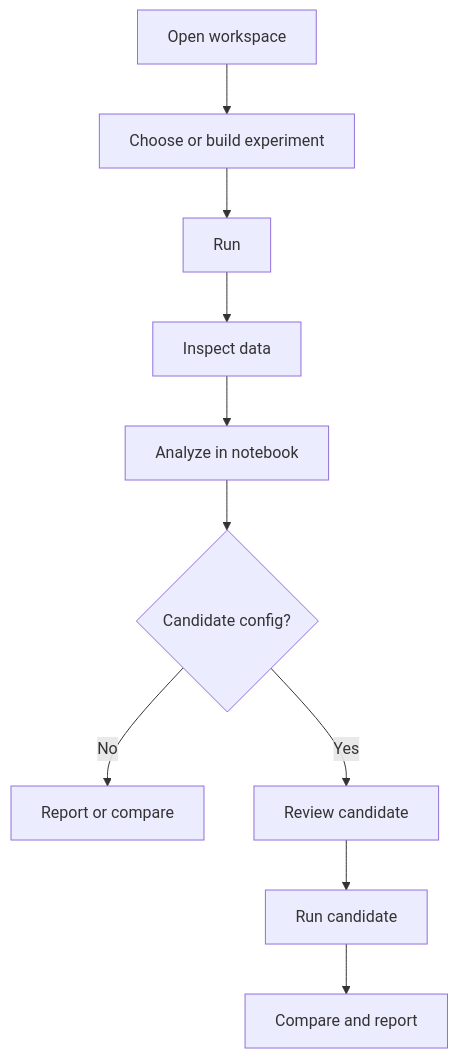
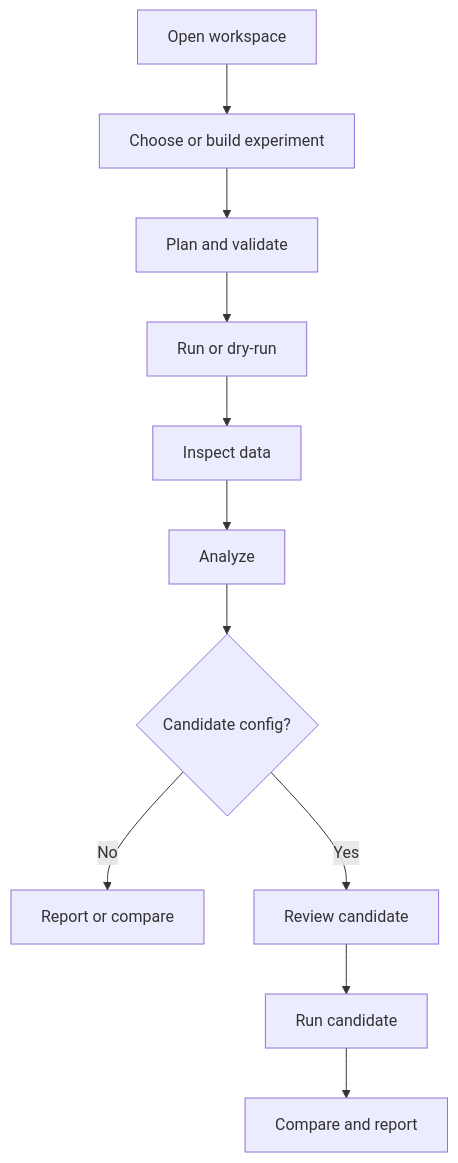
The diagram in docs/experiment-workflow.md (kahojyun/scopecat), drawn with Mermaid before and after one commit. The commit also changed other lines of this file and 27 other files, not shown here.

````diff
--- a/docs/experiment-workflow.md
+++ b/docs/experiment-workflow.md
@@ -24,12 +26,13 @@
 ```mermaid
 flowchart TD
     A["Open workspace"] --> B["Choose or build experiment"]
-    B --> C["Run"]
-    C --> D["Inspect data"]
-    D --> E["Analyze in notebook"]
-    E --> F{"Candidate config?"}
-    F -->|No| G["Report or compare"]
-    F -->|Yes| H["Review candidate"]
-    H --> I["Run candidate"]
-    I --> J["Compare and report"]
+    B --> C["Plan and validate"]
+    C --> D["Run or dry-run"]
+    D --> E["Inspect data"]
+    E --> F["Analyze"]
+    F --> G{"Candidate config?"}
+    G -->|No| H["Report or compare"]
+    G -->|Yes| I["Review candidate"]
+    I --> J["Run candidate"]
+    J --> K["Compare and report"]
 ```
````
